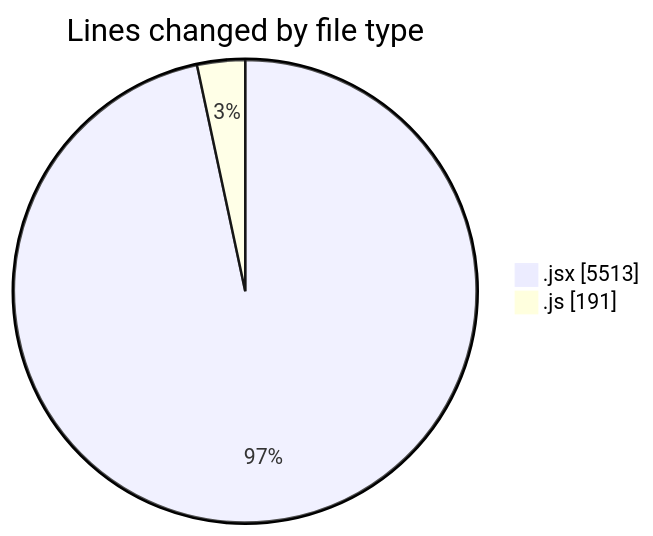
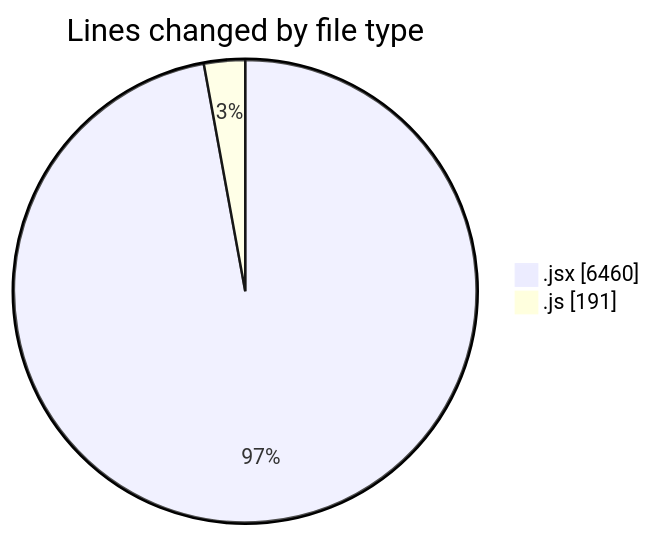
One commit to nxtqubesakshisongat/code-tracking changed the first of 2 diagrams in 2025-06-21/nxtqube_webapp/README.md. Above: the diagram before and after it, drawn with Mermaid. The commit also changed other lines of this file and 1 other file, not shown here.

````diff
--- a/2025-06-21/nxtqube_webapp/README.md
+++ b/2025-06-21/nxtqube_webapp/README.md
@@ -25,6 +27,6 @@
 ```mermaid
 pie showData
 title Lines changed by file type
-".jsx" : 5513
+".jsx" : 6460
 ".js" : 191
 ```
````
